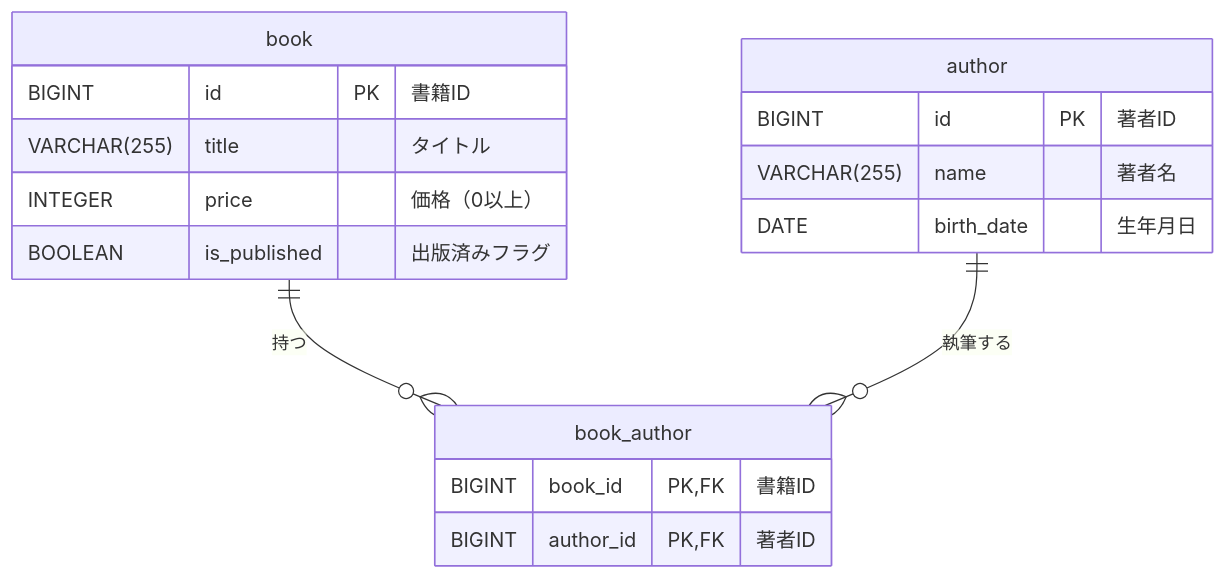
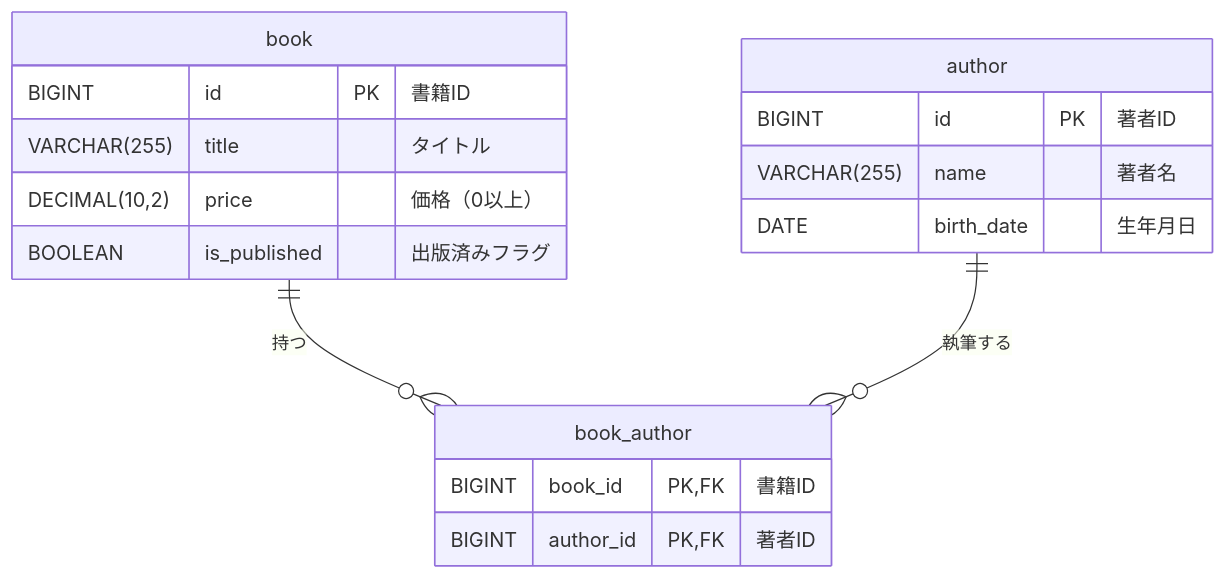
The diagram in docs/spec/db_structure.md (nagaoka-aya/library_management), drawn with Mermaid before and after one commit. The commit also changed other lines of this file and 3 other files, not shown here.

````diff
--- a/docs/spec/db_structure.md
+++ b/docs/spec/db_structure.md
@@ -57,23 +57,23 @@
 ```mermaid
 erDiagram
     author {
         BIGINT id PK "著者ID"
         VARCHAR(255) name "著者名"
         DATE birth_date "生年月日"
     }
 
     book {
         BIGINT id PK "書籍ID"
         VARCHAR(255) title "タイトル"
-        INTEGER price "価格（0以上）"
+        DECIMAL(10,2) price "価格（0以上）"
         BOOLEAN is_published "出版済みフラグ"
     }
 
     book_author {
         BIGINT book_id PK,FK "書籍ID"
         BIGINT author_id PK,FK "著者ID"
     }
 
     book ||--o{ book_author : "持つ"
     author ||--o{ book_author : "執筆する"
 ```
````
